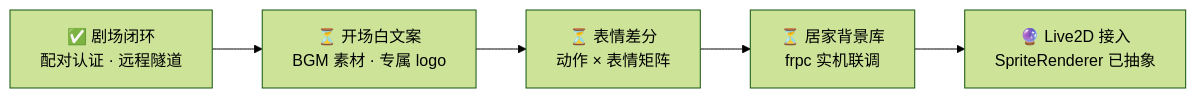
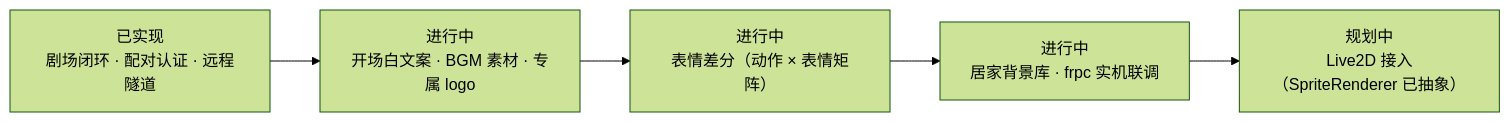
The fourth of 5 diagrams in README.md (saya-ch/dsh-amadeus), drawn with Mermaid (forest theme) before and after one commit. The commit also changed other lines of this file, not shown here.

````diff
--- a/README.md
+++ b/README.md
@@ -503,10 +494,10 @@
 ```mermaid
 flowchart LR
-    A["✅ 剧场闭环<br/>配对认证 · 远程隧道"]
-    B["⏳ 开场白文案<br/>BGM 素材 · 专属 logo"]
-    C["⏳ 表情差分<br/>动作 × 表情矩阵"]
-    D["⏳ 居家背景库<br/>frpc 实机联调"]
-    E["🔮 Live2D 接入<br/>SpriteRenderer 已抽象"]
+    A["已实现<br/>剧场闭环 · 配对认证 · 远程隧道"]
+    B["进行中<br/>开场白文案 · BGM 素材 · 专属 logo"]
+    C["进行中<br/>表情差分（动作 × 表情矩阵）"]
+    D["进行中<br/>居家背景库 · frpc 实机联调"]
+    E["规划中<br/>Live2D 接入（SpriteRenderer 已抽象）"]
 
     A --> B --> C --> D --> E
 ```
````
